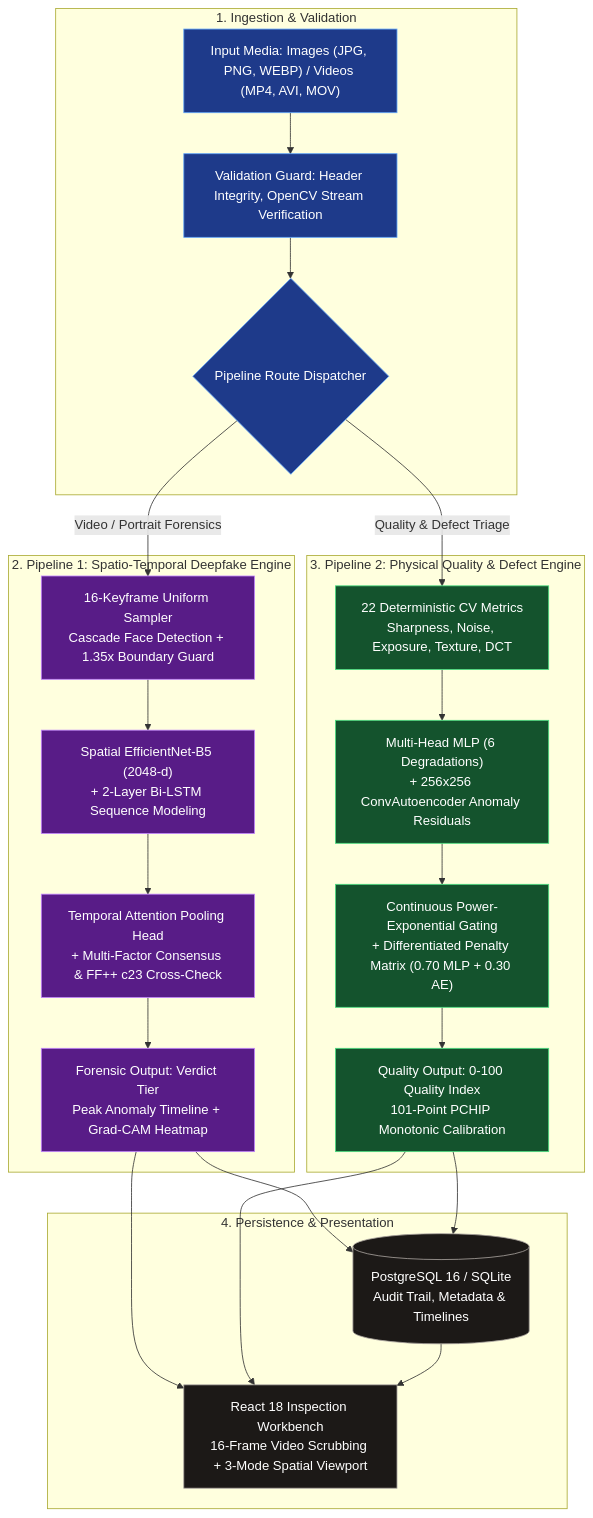
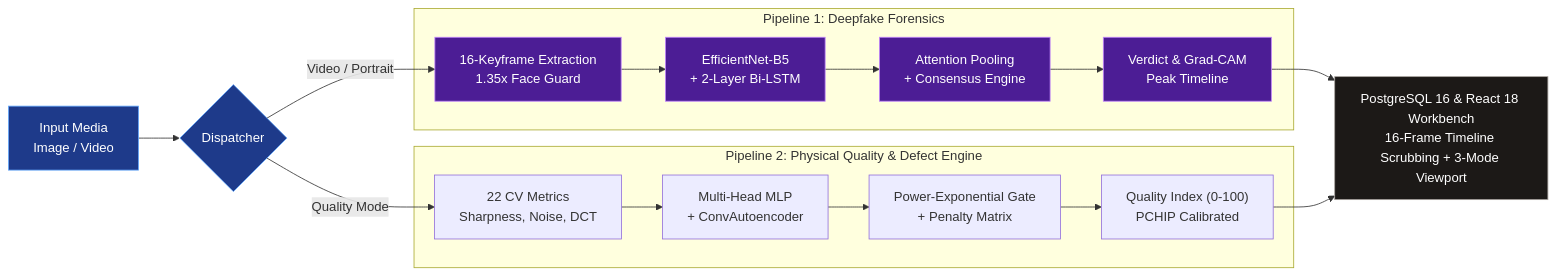
Before and after one commit to notaanidhya/PixelShamer: the diagram in README.md, drawn with Mermaid. The commit also changed other lines of this file, not shown here.

Commit message:
docs(readme): convert architecture diagram to horizontal single-frame layout and add ASCII overview

````diff
--- a/README.md
+++ b/README.md
@@ -51,44 +83,23 @@
 ```mermaid
-flowchart TD
-    classDef input fill:#1e3a8a,stroke:#60a5fa,stroke-width:1px,color:#ffffff
-    classDef df fill:#581c87,stroke:#c084fc,stroke-width:1px,color:#ffffff
-    classDef qual fill:#14532d,stroke:#4ade80,stroke-width:1px,color:#ffffff
-    classDef store fill:#1c1917,stroke:#a8a29e,stroke-width:1px,color:#ffffff
+graph LR
+    classDef in fill:#1e3a8a,stroke:#60a5fa,color:#ffffff
+    classDef df fill:#4c1d95,stroke:#c084fc,color:#ffffff
+    classDef qual fill:#14532d,stroke:#4ade80,color:#ffffff
+    classDef store fill:#1c1917,stroke:#a8a29e,color:#ffffff
 
-    subgraph S_INGEST["1. Ingestion & Validation"]
-        INP["Input Media: Images (JPG, PNG, WEBP) / Videos (MP4, AVI, MOV)"]:::input
-        VAL["Validation Guard: Header Integrity, OpenCV Stream Verification"]:::input
-        DISP{"Pipeline Route Dispatcher"}:::input
-        INP --> VAL --> DISP
+    INP["Input Media<br/>Image / Video"]:::in --> DISP{"Dispatcher"}:::in
+
+    subgraph DEEPFAKE["Pipeline 1: Deepfake Forensics"]
+        DF1["16-Keyframe Extraction<br/>1.35x Face Guard"]:::df --> DF2["EfficientNet-B5<br/>+ 2-Layer Bi-LSTM"]:::df --> DF3["Attention Pooling<br/>+ Consensus Engine"]:::df --> DF4["Verdict & Grad-CAM<br/>Peak Timeline"]:::df
     end
 
-    subgraph S_DEEPFAKE["2. Pipeline 1: Spatio-Temporal Deepfake Engine"]
-        DF1["16-Keyframe Uniform Sampler<br/>Cascade Face Detection + 1.35x Boundary Guard"]:::df
-        DF2["Spatial EfficientNet-B5 (2048-d)<br/>+ 2-Layer Bi-LSTM Sequence Modeling"]:::df
-        DF3["Temporal Attention Pooling Head<br/>+ Multi-Factor Consensus & FF++ c23 Cross-Check"]:::df
-        DF4["Forensic Output: Verdict Tier<br/>Peak Anomaly Timeline + Grad-CAM Heatmap"]:::df
-        DF1 --> DF2 --> DF3 --> DF4
+    subgraph QUALITY["Pipeline 2: Physical Quality & Defect Engine"]
+        Q1["22 CV Metrics<br/>Sharpness, Noise, DCT"]:::ql --> Q2["Multi-Head MLP<br/>+ ConvAutoencoder"]:::ql --> Q3["Power-Exponential Gate<br/>+ Penalty Matrix"]:::ql --> Q4["Quality Index (0-100)<br/>PCHIP Calibrated"]:::ql
     end
 
-    subgraph S_QUALITY["3. Pipeline 2: Physical Quality & Defect Engine"]
-        Q1["22 Deterministic CV Metrics<br/>Sharpness, Noise, Exposure, Texture, DCT"]:::qual
-        Q2["Multi-Head MLP (6 Degradations)<br/>+ 256x256 ConvAutoencoder Anomaly Residuals"]:::qual
-        Q3["Continuous Power-Exponential Gating<br/>+ Differentiated Penalty Matrix (0.70 MLP + 0.30 AE)"]:::qual
-        Q4["Quality Output: 0-100 Quality Index<br/>101-Point PCHIP Monotonic Calibration"]:::qual
-        Q1 --> Q2 --> Q3 --> Q4
-    end
+    DISP -->|"Video / Portrait"| DF1
+    DISP -->|"Quality Mode"| Q1
 
-    DISP -->|"Video / Portrait Forensics"| DF1
-    DISP -->|"Quality & Defect Triage"| Q1
-
-    subgraph S_OUTPUT["4. Persistence & Presentation"]
-        DB[("PostgreSQL 16 / SQLite<br/>Audit Trail, Metadata & Timelines")]:::store
-        UI["React 18 Inspection Workbench<br/>16-Frame Video Scrubbing + 3-Mode Spatial Viewport"]:::store
-    end
-
-    DF4 --> DB
-    Q4 --> DB
-    DF4 --> UI
-    Q4 --> UI
-    DB --> UI
+    DF4 --> OUT["PostgreSQL 16 & React 18 Workbench<br/>16-Frame Timeline Scrubbing + 3-Mode Viewport"]:::store
+    Q4 --> OUT
 ```
````
